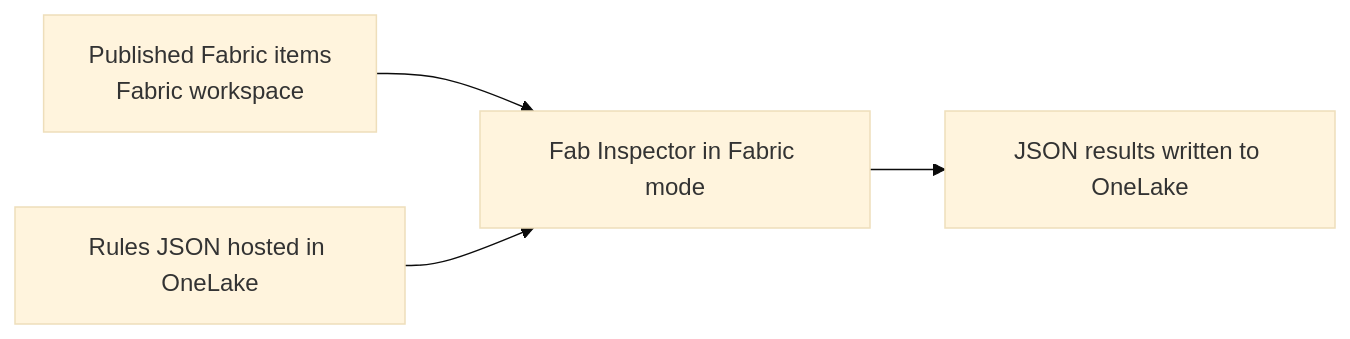
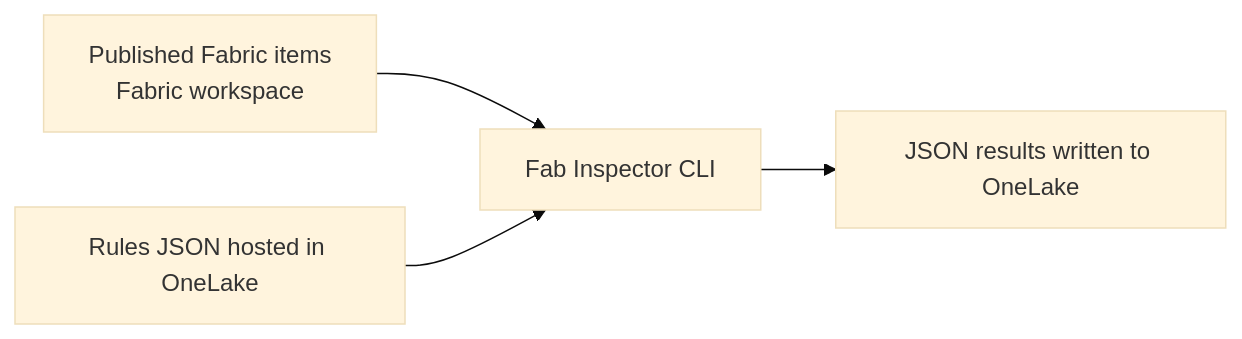
Before and after one commit to NatVanG/fab-inspector: the third of 4 diagrams in README.md, drawn with Mermaid (base theme). The commit also changed other lines of this file, not shown here.

````diff
--- a/README.md
+++ b/README.md
@@ -65,6 +66,6 @@
 ```mermaid
 flowchart LR
-    A[Published Fabric items\nFabric workspace] --> C[Fab Inspector in Fabric mode]
+    A[Published Fabric items\nFabric workspace] --> C[Fab Inspector CLI]
     B[Rules JSON hosted in OneLake] --> C
     C --> D[JSON results written to OneLake]
 ```
````
